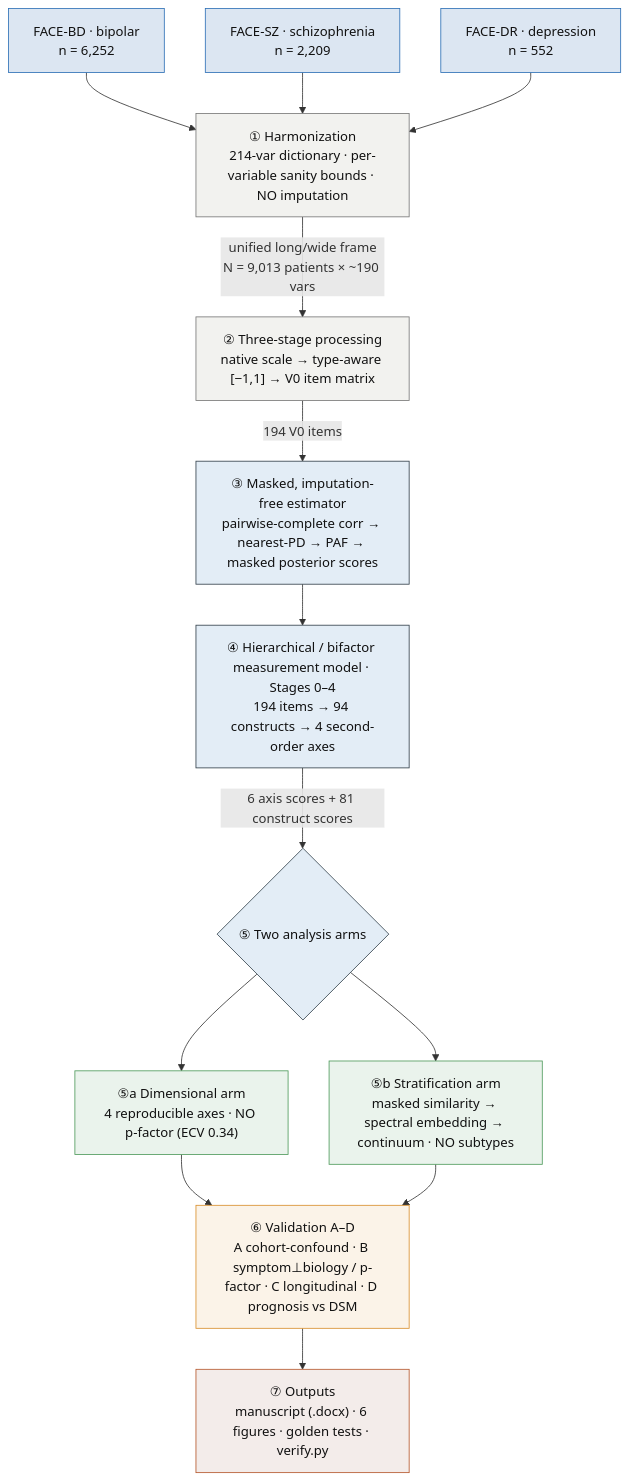
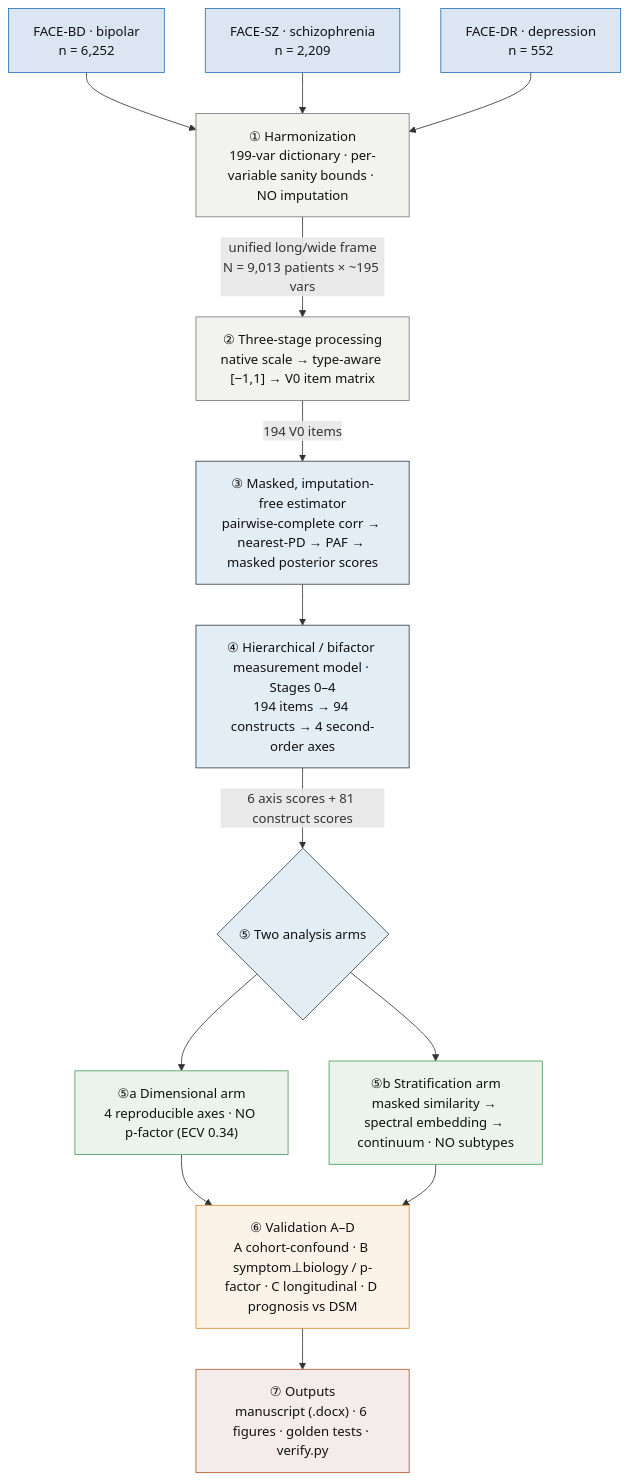
The first of 10 diagrams in docs/PIPELINE.md (AndriiKulakovskyi/face-trans-diagnostic-phenotypes), drawn with Mermaid before and after one commit. The commit also changed other lines of this file and 1 other file, not shown here.

First line of the commit message:
docs(v2): fix stale dictionary/feature counts missed in the number sync

````diff
--- a/docs/PIPELINE.md
+++ b/docs/PIPELINE.md
@@ -26,33 +26,33 @@
 ```mermaid
 flowchart TB
     classDef data  fill:#DCE6F2,stroke:#2C6FB5,color:#111
     classDef proc  fill:#F2F2EF,stroke:#777,color:#111
     classDef model fill:#E3EDF6,stroke:#33414b,color:#111
     classDef arm   fill:#EAF3EC,stroke:#4E9A5B,color:#111
     classDef val   fill:#FBF3E8,stroke:#D98E2B,color:#111
     classDef out   fill:#F3ECEA,stroke:#B5562B,color:#111
 
     BP["FACE-BD · bipolar<br/>n = 6,252"]:::data
     SZ["FACE-SZ · schizophrenia<br/>n = 2,209"]:::data
     DR["FACE-DR · depression<br/>n = 552"]:::data
 
     BP --> H
     SZ --> H
     DR --> H
 
-    H["① Harmonization<br/>214-var dictionary · per-variable sanity bounds · NO imputation"]:::proc
-    H -->|"unified long/wide frame<br/>N = 9,013 patients × ~190 vars"| P
+    H["① Harmonization<br/>199-var dictionary · per-variable sanity bounds · NO imputation"]:::proc
+    H -->|"unified long/wide frame<br/>N = 9,013 patients × ~195 vars"| P
     P["② Three-stage processing<br/>native scale → type-aware [−1,1] → V0 item matrix"]:::proc
     P -->|"194 V0 items"| E
     E["③ Masked, imputation-free estimator<br/>pairwise-complete corr → nearest-PD → PAF → masked posterior scores"]:::model
     E --> M
     M["④ Hierarchical / bifactor measurement model · Stages 0–4<br/>194 items → 94 constructs → 4 second-order axes"]:::model
     M -->|"6 axis scores + 81 construct scores"| ARM{"⑤ Two analysis arms"}
     ARM:::model
     ARM --> DIMA["⑤a Dimensional arm<br/>4 reproducible axes · NO p-factor (ECV 0.34)"]:::arm
     ARM --> STRA["⑤b Stratification arm<br/>masked similarity → spectral embedding → continuum · NO subtypes"]:::arm
     DIMA --> V
     STRA --> V
     V["⑥ Validation A–D<br/>A cohort-confound · B symptom⊥biology / p-factor · C longitudinal · D prognosis vs DSM"]:::val
     V --> O["⑦ Outputs<br/>manuscript (.docx) · 6 figures · golden tests · verify.py"]:::out
 ```
````
